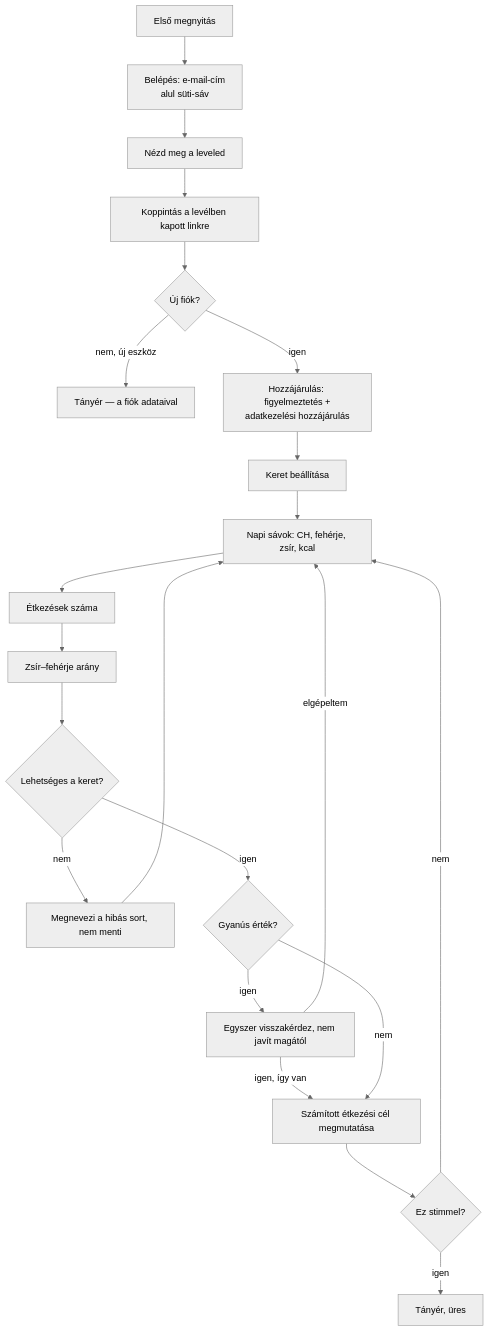
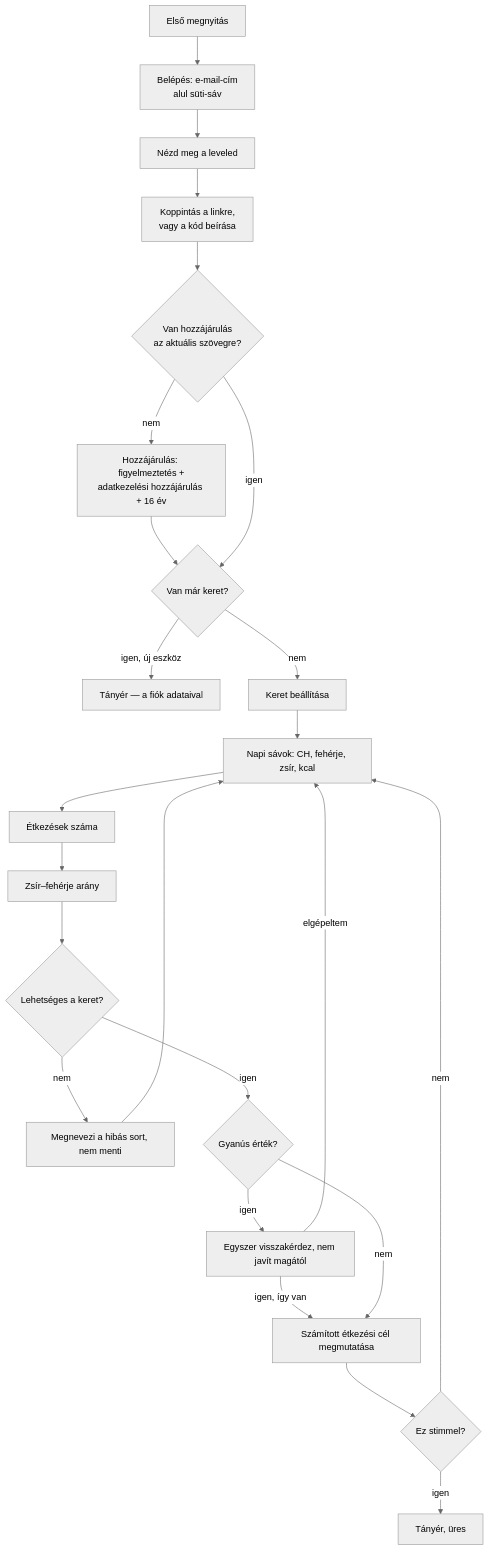
Before and after one commit to Izayata/ketara-artifacts: the third of 3 diagrams in ketara-folyamatok-kepernyok.md, drawn with Mermaid (neutral theme). The commit also changed other lines of this file and 2 other files, not shown here.

First line of the commit message:
PRD v1.1, flows v0.8, UX v0.4: fixes from the v1.0 cold review

````diff
--- a/ketara-folyamatok-kepernyok.md
+++ b/ketara-folyamatok-kepernyok.md
@@ -101,24 +105,26 @@
 ```mermaid
 flowchart TD
     A0[Első megnyitás] --> A1["Belépés: e-mail-cím<br/>alul süti-sáv"]
     A1 --> A2["Nézd meg a leveled"]
-    A2 --> A3[Koppintás a levélben kapott linkre]
-    A3 --> A4{Új fiók?}
-    A4 -- "nem, új eszköz" --> J0["Tányér — a fiók adataival"]
-    A4 -- igen --> A5["Hozzájárulás: figyelmeztetés +<br/>adatkezelési hozzájárulás"]
-    A5 --> B[Keret beállítása]
+    A2 --> A3["Koppintás a linkre,<br/>vagy a kód beírása"]
+    A3 --> A4{"Van hozzájárulás<br/>az aktuális szövegre?"}
+    A4 -- nem --> A5["Hozzájárulás: figyelmeztetés +<br/>adatkezelési hozzájárulás + 16 év"]
+    A5 --> A6
+    A4 -- igen --> A6{Van már keret?}
+    A6 -- "igen, új eszköz" --> J0["Tányér — a fiók adataival"]
+    A6 -- nem --> B[Keret beállítása]
     B --> C[Napi sávok: CH, fehérje, zsír, kcal]
     C --> D[Étkezések száma]
     D --> E[Zsír–fehérje arány]
     E --> F{Lehetséges a keret?}
     F -- nem --> F2["Megnevezi a hibás sort, nem menti"] --> C
     F -- igen --> F3{Gyanús érték?}
     F3 -- igen --> G["Egyszer visszakérdez, nem javít magától"]
     G -- "igen, így van" --> H
     G -- "elgépeltem" --> C
     F3 -- nem --> H
     H["Számított étkezési cél megmutatása"]
     H --> I{Ez stimmel?}
     I -- nem --> C
     I -- igen --> J[Tányér, üres]
 ```
````
